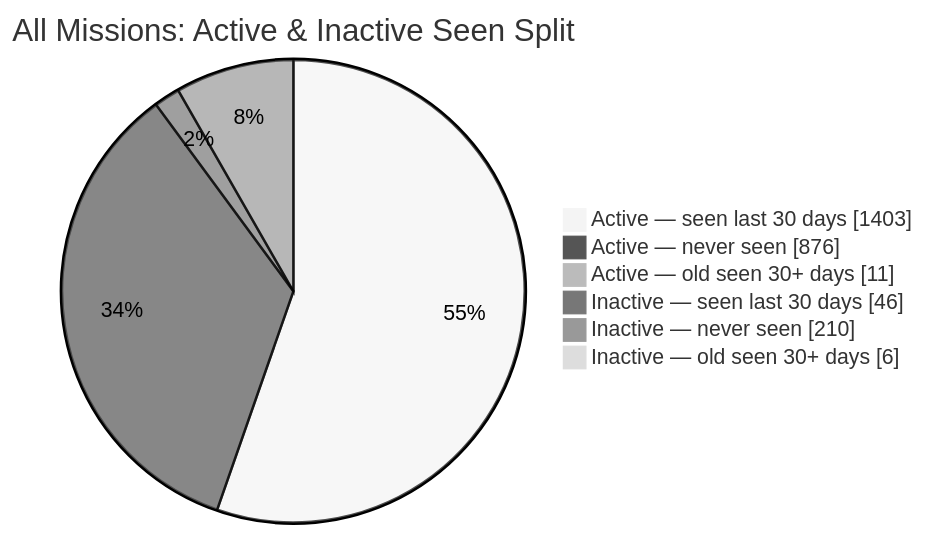
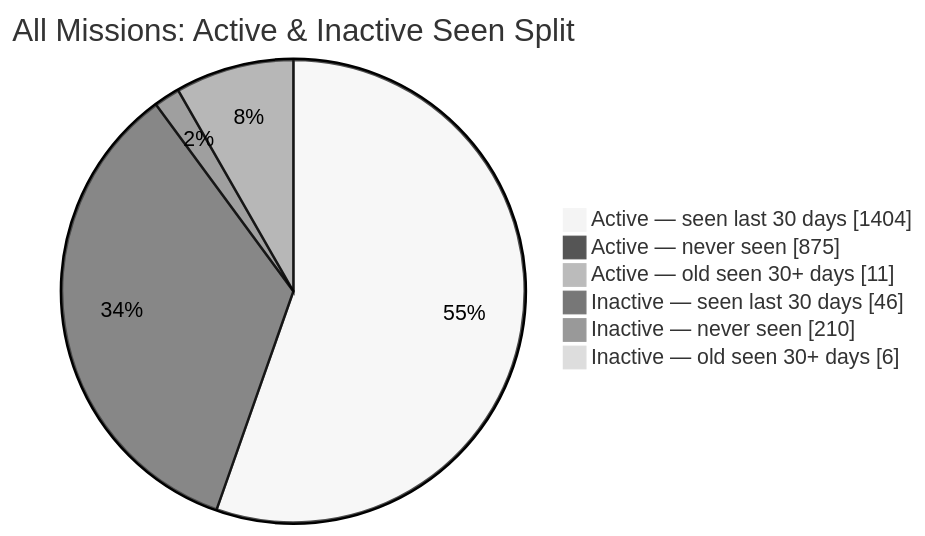
The second of 2 diagrams in README.md (MeldkamerspelGameTeam/active-missions), drawn with Mermaid (neutral theme) before and after one commit. The commit also changed other lines of this file and 3 other files, not shown here.

````diff
--- a/README.md
+++ b/README.md
@@ -44,10 +44,10 @@
 ```mermaid
 pie showData
     title All Missions: Active & Inactive Seen Split
-    "Active — seen last 30 days" : 1403
-    "Active — never seen" : 876
+    "Active — seen last 30 days" : 1404
+    "Active — never seen" : 875
     "Active — old seen 30+ days" : 11
     "Inactive — seen last 30 days" : 46
     "Inactive — never seen" : 210
     "Inactive — old seen 30+ days" : 6
 ```
````
